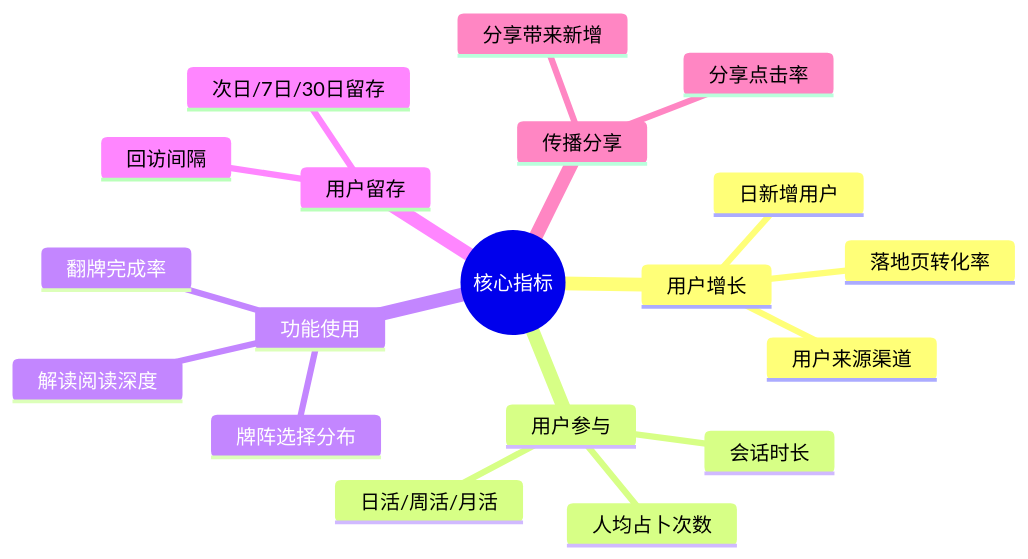
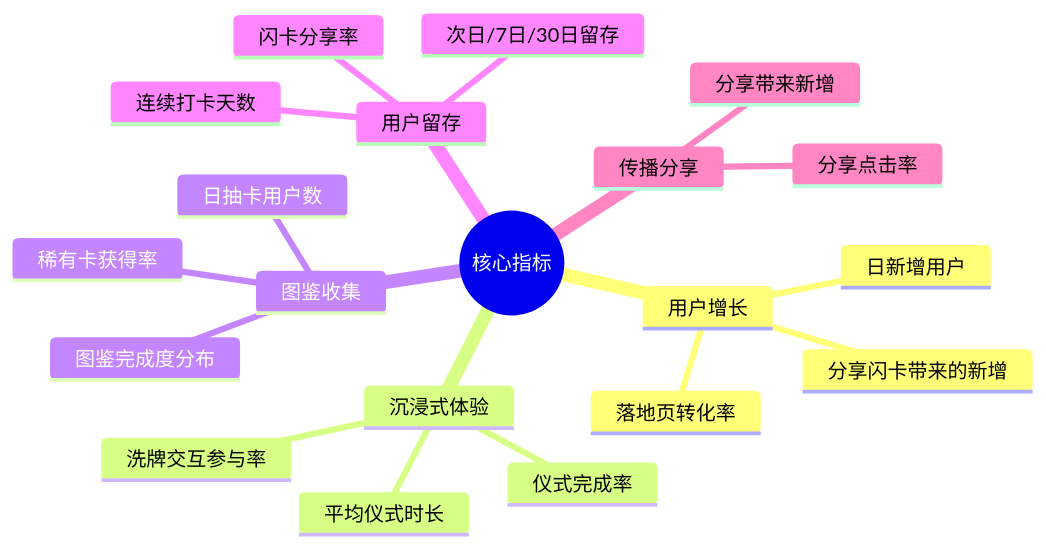
The sixth of 6 diagrams in docs/product/PRD.md (Yangiton/tarot), drawn with Mermaid before and after one commit. The commit also changed other lines of this file, not shown here.

````diff
--- a/docs/product/PRD.md
+++ b/docs/product/PRD.md
@@ -277,22 +483,23 @@
 ```mermaid
 mindmap
   root((核心指标))
     用户增长
       日新增用户
-      用户来源渠道
+      分享闪卡带来的新增
       落地页转化率
-    用户参与
-      日活/周活/月活
-      人均占卜次数
-      会话时长
-    功能使用
-      牌阵选择分布
-      翻牌完成率
-      解读阅读深度
+    沉浸式体验
+      仪式完成率
+      洗牌交互参与率
+      平均仪式时长
+    图鉴收集
+      日抽卡用户数
+      图鉴完成度分布
+      稀有卡获得率
     用户留存
       次日/7日/30日留存
-      回访间隔
+      连续打卡天数
+      闪卡分享率
     传播分享
       分享点击率
       分享带来新增
 ```
````
